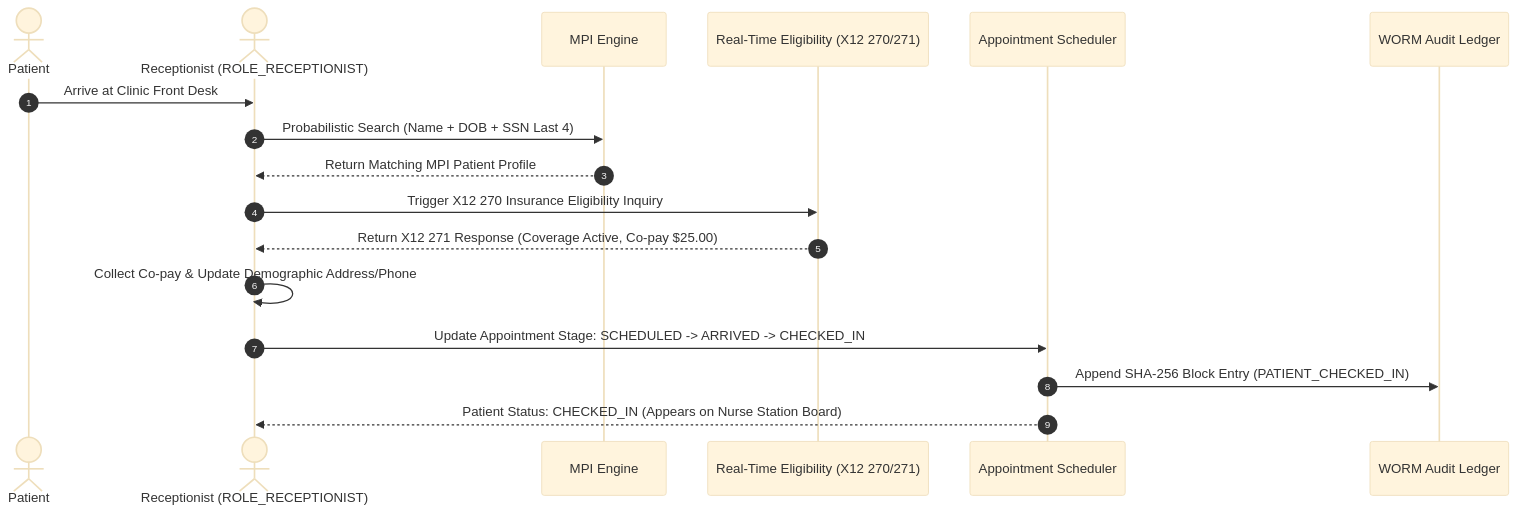
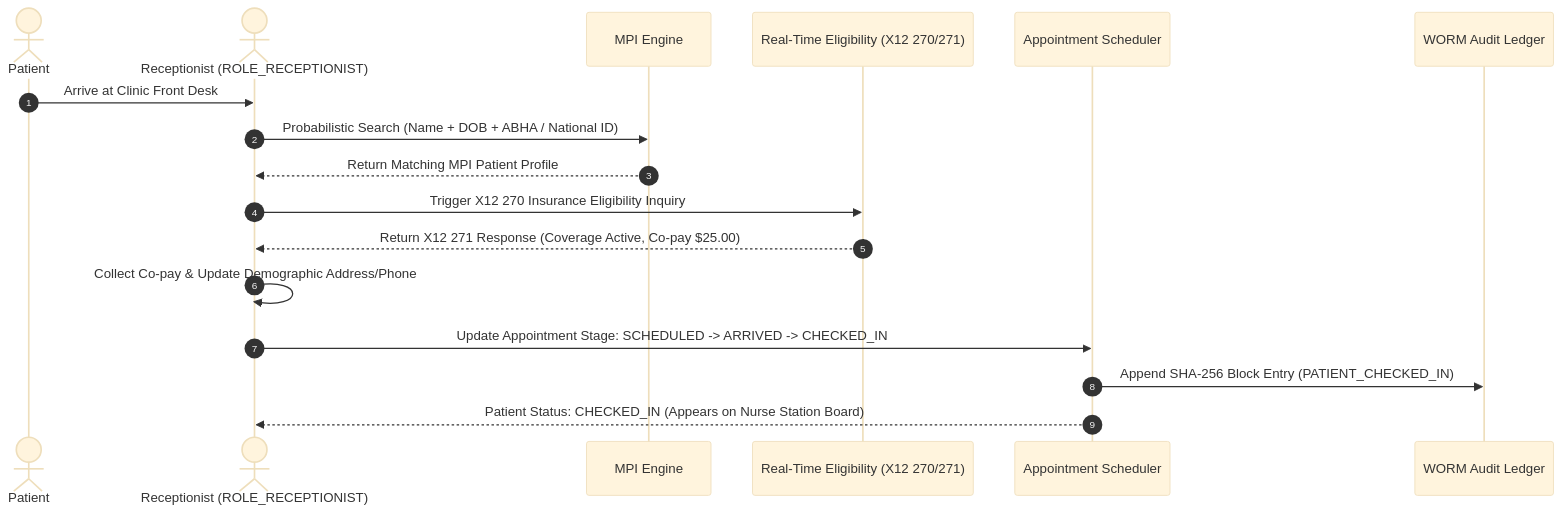
The second of 2 diagrams in docs/workspaces/receptionist-workspace-spec.md (kamranxdev/Sentinel-EHR), drawn with Mermaid (base theme) before and after one commit. The commit also changed other lines of this file and 26 other files, not shown here.

Commit message:
refactor: remove SSN field and standardize patient identification using nationalId across DTOs, entities, and UI components

````diff
--- a/docs/workspaces/receptionist-workspace-spec.md
+++ b/docs/workspaces/receptionist-workspace-spec.md
@@ -73,22 +73,22 @@
 ```mermaid
 sequenceDiagram
     autonumber
     actor Patient as Patient
     actor Recep as Receptionist (ROLE_RECEPTIONIST)
     participant MPI as MPI Engine
     participant RTE as Real-Time Eligibility (X12 270/271)
     participant ApptState as Appointment Scheduler
     participant Audit as WORM Audit Ledger
 
     Patient->>Recep: Arrive at Clinic Front Desk
-    Recep->>MPI: Probabilistic Search (Name + DOB + SSN Last 4)
+    Recep->>MPI: Probabilistic Search (Name + DOB + ABHA / National ID)
     MPI-->>Recep: Return Matching MPI Patient Profile
     
     Recep->>RTE: Trigger X12 270 Insurance Eligibility Inquiry
     RTE-->>Recep: Return X12 271 Response (Coverage Active, Co-pay $25.00)
     
     Recep->>Recep: Collect Co-pay & Update Demographic Address/Phone
     Recep->>ApptState: Update Appointment Stage: SCHEDULED -> ARRIVED -> CHECKED_IN
     ApptState->>Audit: Append SHA-256 Block Entry (PATIENT_CHECKED_IN)
     ApptState-->>Recep: Patient Status: CHECKED_IN (Appears on Nurse Station Board)
 ```
````
